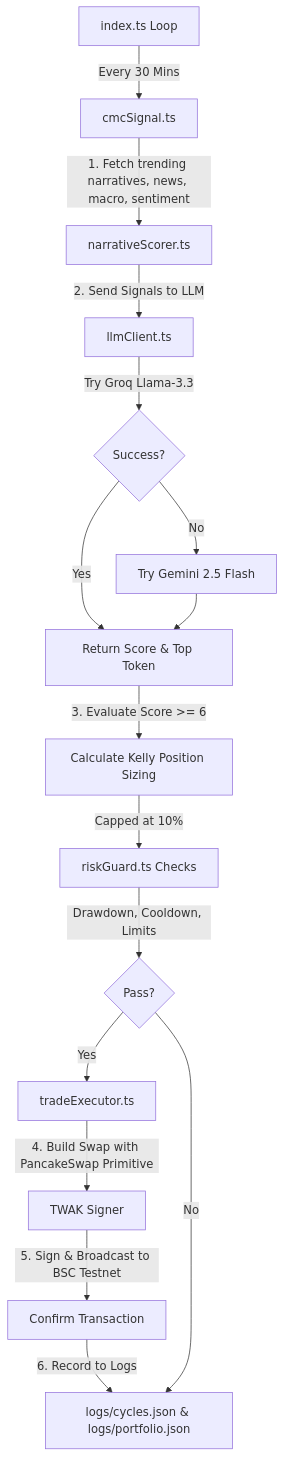
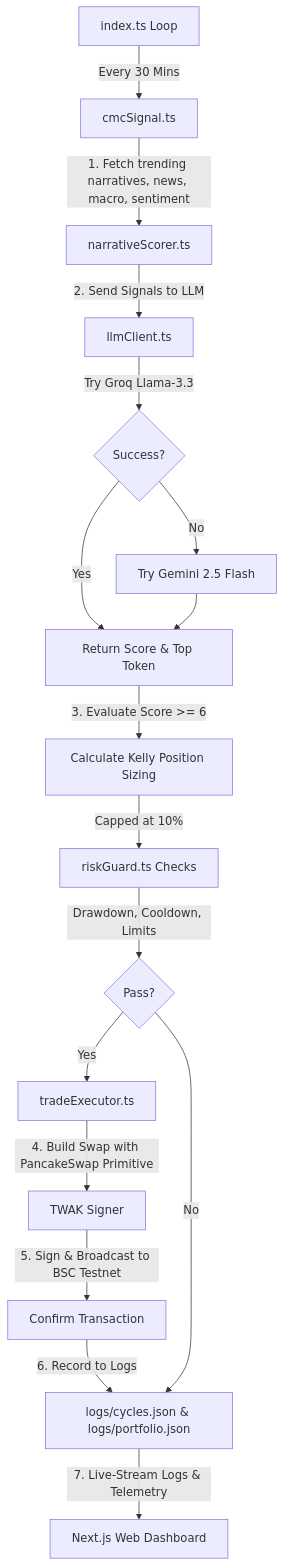
The diagram in README.md (ritesh59697/NarrativeTrader), drawn with Mermaid before and after one commit. The commit also changed other lines of this file and 1 other file, not shown here.

````diff
--- a/README.md
+++ b/README.md
@@ -11,18 +20,19 @@
 ```mermaid
 graph TD
     A[index.ts Loop] -->|Every 30 Mins| B[cmcSignal.ts]
     B -->|1. Fetch trending narratives, news, macro, sentiment| C[narrativeScorer.ts]
     C -->|2. Send Signals to LLM| D[llmClient.ts]
     D -->|Try Groq Llama-3.3| E{Success?}
     E -->|No| F[Try Gemini 2.5 Flash]
     E -->|Yes| G[Return Score & Top Token]
     F --> G
     G -->|3. Evaluate Score >= 6| H[Calculate Kelly Position Sizing]
     H -->|Capped at 10%| I[riskGuard.ts Checks]
     I -->|Drawdown, Cooldown, Limits| J{Pass?}
     J -->|Yes| K[tradeExecutor.ts]
     K -->|4. Build Swap with PancakeSwap Primitive| L[TWAK Signer]
     L -->|5. Sign & Broadcast to BSC Testnet| M[Confirm Transaction]
     M -->|6. Record to Logs| N[logs/cycles.json & logs/portfolio.json]
     J -->|No| N
+    N -->|7. Live-Stream Logs & Telemetry| O[Next.js Web Dashboard]
 ```
````
